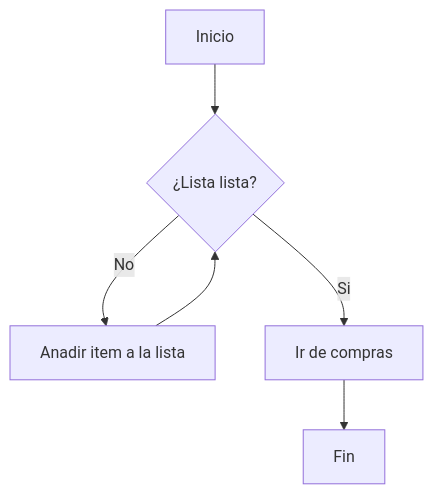
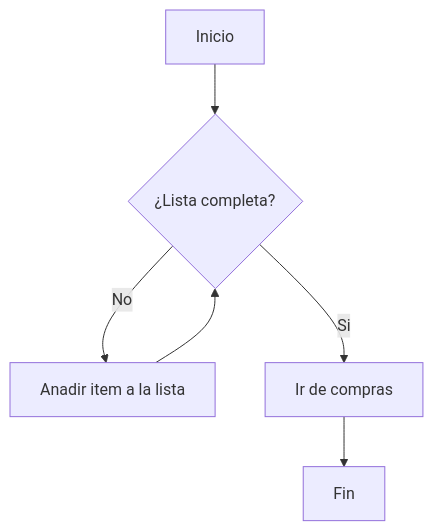
The first of 5 diagrams in README.md (elprofedotti/diagramas), drawn with Mermaid before and after one commit.

````diff
--- a/README.md
+++ b/README.md
@@ -4,9 +4,9 @@
 ```mermaid
 graph TD;
-    A[Inicio] --> B{¿Lista lista?}
+    A[Inicio] --> B{¿Lista completa?}
     B -->|No| C[Anadir item a la lista]
     C --> B
     B -->|Si| D[Ir de compras]
     D --> E[Fin]
 
 ```
````
